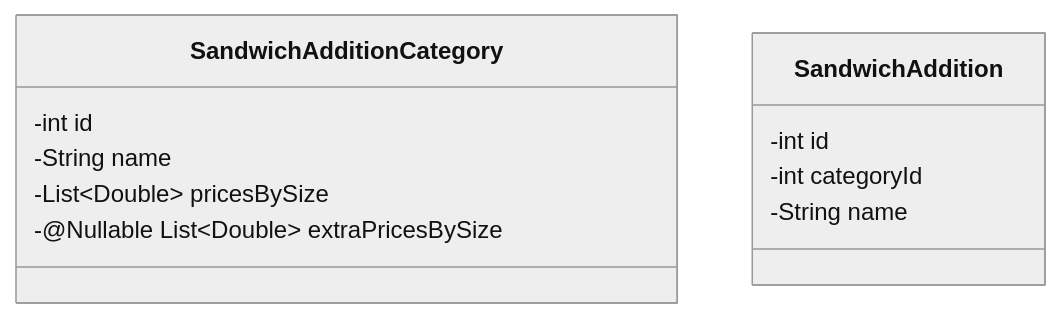
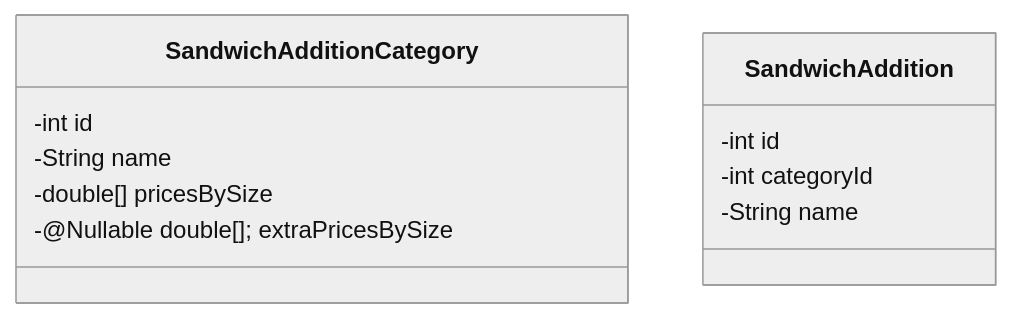
Before and after one commit to yuujn/nuclear-subs: the third of 4 diagrams in diagrams/class_diagrams.md, drawn with Mermaid (neutral theme). The commit also changed other lines of this file and 2 other files, not shown here.

````diff
--- a/diagrams/class_diagrams.md
+++ b/diagrams/class_diagrams.md
@@ -65,14 +71,14 @@
 ```mermaid
 classDiagram
     class SandwichAdditionCategory {
         -int id
         -String name
-        -List&lt;Double&gt; pricesBySize
-        -@Nullable List&lt;Double&gt; extraPricesBySize
+        -double[] pricesBySize
+        -@Nullable double[]; extraPricesBySize
     }
     class SandwichAddition {
         -int id
         -int categoryId
         -String name
     }
 ```
````
